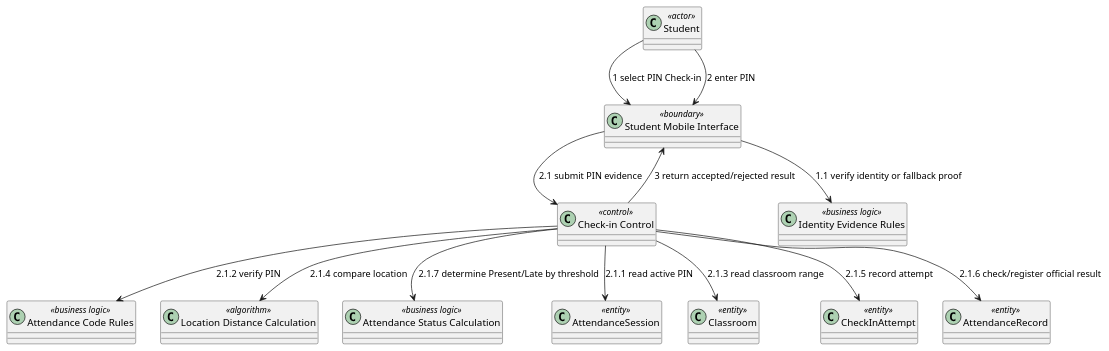
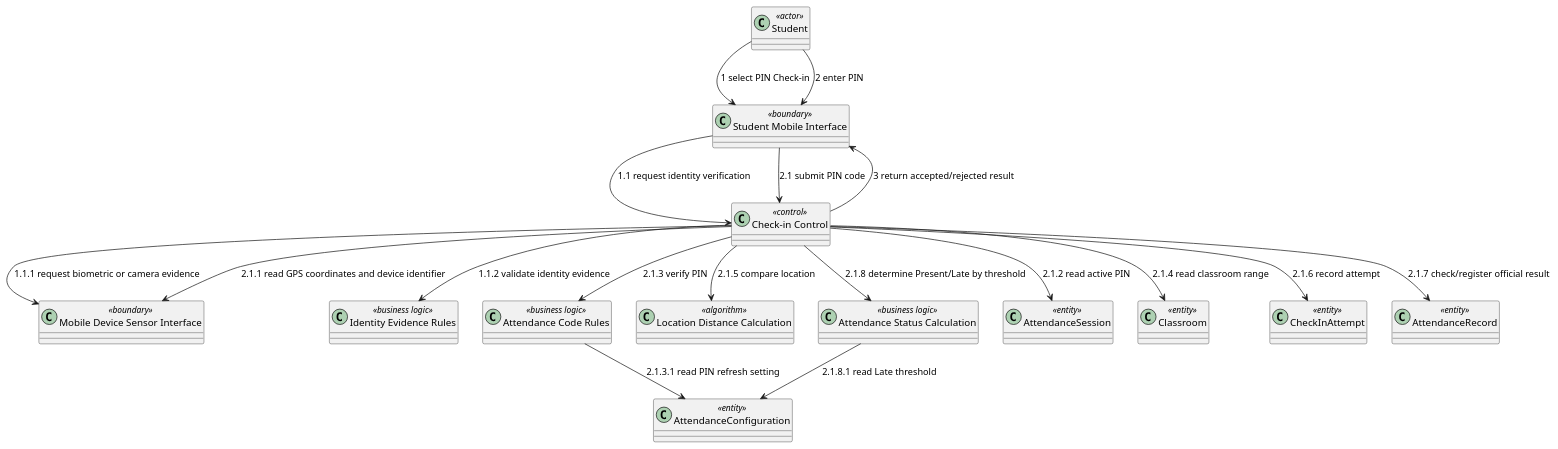
One commit to nttung42/SWD392 changed diagram 11 of 26 in docs/sds/2_Analysis.md. Above: the diagram before and after it, drawn with PlantUML. The commit also changed other lines of this file, not shown here.

Commit message:
tmp Contextual boundary class diagram

````diff
--- a/docs/sds/2_Analysis.md
+++ b/docs/sds/2_Analysis.md
@@ -560,28 +753,35 @@
 ```plantuml
 @startuml
 class "Student" as Student <<actor>>
 class "Student Mobile Interface" as StudentUI <<boundary>>
 class "Check-in Control" as CheckInControl <<control>>
+class "Mobile Device Sensor Interface" as MobileSensor <<boundary>>
 class "Identity Evidence Rules" as IdentityRules <<business logic>>
 class "Attendance Code Rules" as CodeRules <<business logic>>
 class "Location Distance Calculation" as DistanceCalc <<algorithm>>
 class "Attendance Status Calculation" as StatusRules <<business logic>>
 class "AttendanceSession" as AttendanceSession <<entity>>
+class "AttendanceConfiguration" as AttendanceConfig <<entity>>
 class "Classroom" as Classroom <<entity>>
 class "CheckInAttempt" as CheckInAttempt <<entity>>
 class "AttendanceRecord" as AttendanceRecord <<entity>>
 
 Student --> StudentUI : 1 select PIN Check-in
-StudentUI --> IdentityRules : 1.1 verify identity or fallback proof
+StudentUI --> CheckInControl : 1.1 request identity verification
+CheckInControl --> MobileSensor : 1.1.1 request biometric or camera evidence
+CheckInControl --> IdentityRules : 1.1.2 validate identity evidence
 Student --> StudentUI : 2 enter PIN
-StudentUI --> CheckInControl : 2.1 submit PIN evidence
-CheckInControl --> AttendanceSession : 2.1.1 read active PIN
-CheckInControl --> CodeRules : 2.1.2 verify PIN
-CheckInControl --> Classroom : 2.1.3 read classroom range
-CheckInControl --> DistanceCalc : 2.1.4 compare location
-CheckInControl --> CheckInAttempt : 2.1.5 record attempt
-CheckInControl --> AttendanceRecord : 2.1.6 check/register official result
-CheckInControl --> StatusRules : 2.1.7 determine Present/Late by threshold
+StudentUI --> CheckInControl : 2.1 submit PIN code
+CheckInControl --> MobileSensor : 2.1.1 read GPS coordinates and device identifier
+CheckInControl --> AttendanceSession : 2.1.2 read active PIN
+CheckInControl --> CodeRules : 2.1.3 verify PIN
+CodeRules --> AttendanceConfig : 2.1.3.1 read PIN refresh setting
+CheckInControl --> Classroom : 2.1.4 read classroom range
+CheckInControl --> DistanceCalc : 2.1.5 compare location
+CheckInControl --> CheckInAttempt : 2.1.6 record attempt
+CheckInControl --> AttendanceRecord : 2.1.7 check/register official result
+CheckInControl --> StatusRules : 2.1.8 determine Present/Late by threshold
+StatusRules --> AttendanceConfig : 2.1.8.1 read Late threshold
 CheckInControl --> StudentUI : 3 return accepted/rejected result
 @enduml
 ```
````
